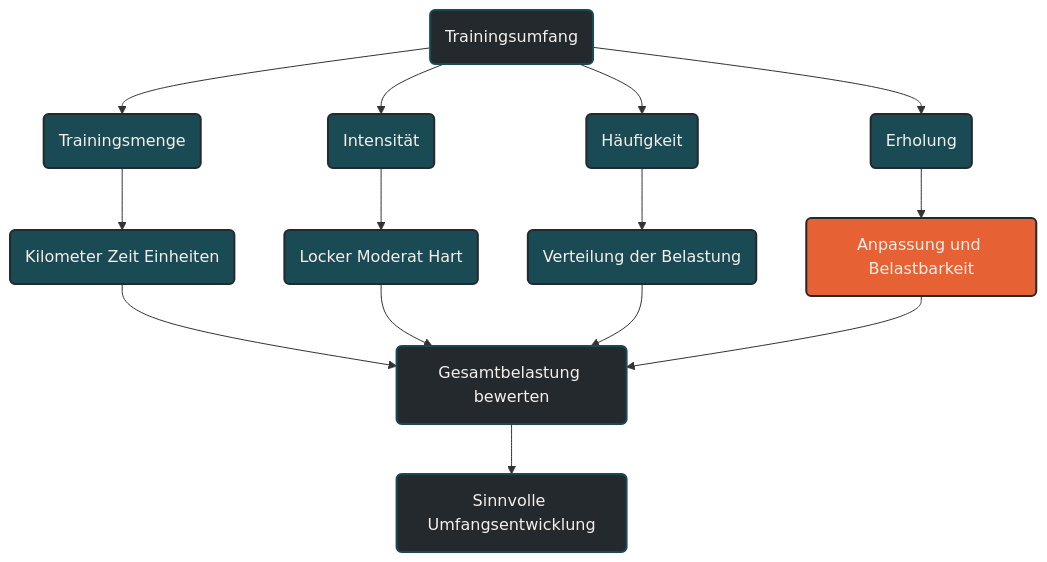
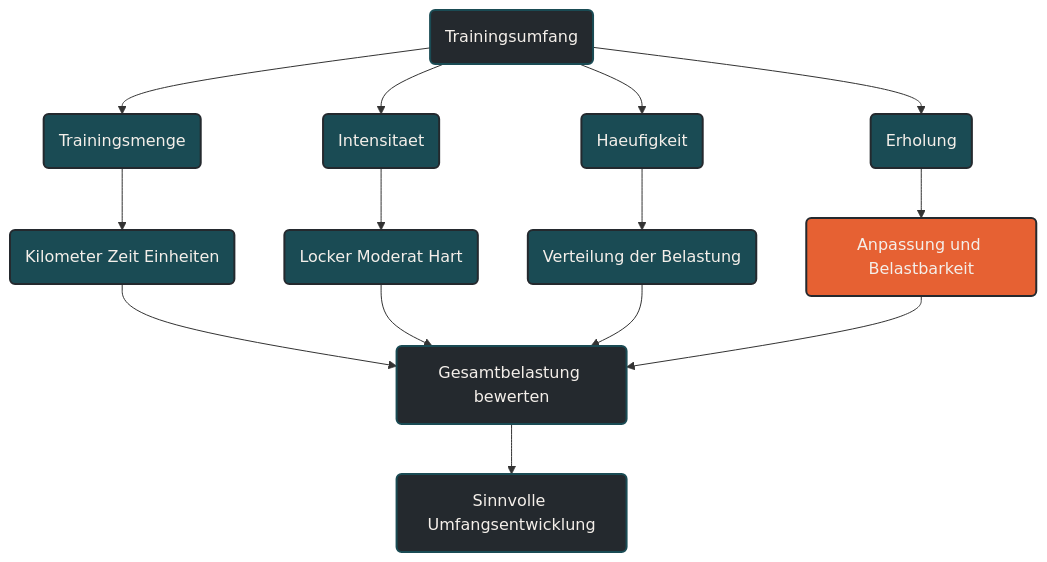
The diagram in content/00-ausdauersport/00-trainingswissenschaft/03-trainingsplanung/03-trainingsumfang.md (Quixos40K/ausdauersport-typemill), drawn with Mermaid before and after one commit. The commit also changed other lines of this file, not shown here.

````diff
--- a/content/00-ausdauersport/00-trainingswissenschaft/03-trainingsplanung/03-trainingsumfang.md
+++ b/content/00-ausdauersport/00-trainingswissenschaft/03-trainingsplanung/03-trainingsumfang.md
@@ -89,36 +89,36 @@
 ```mermaid
 graph TD
     A(Trainingsumfang) --> B(Trainingsmenge)
-    A --> C(Intensität)
-    A --> D(Häufigkeit)
+    A --> C(Intensitaet)
+    A --> D(Haeufigkeit)
     A --> E(Erholung)
 
     B --> F(Kilometer Zeit Einheiten)
     C --> G(Locker Moderat Hart)
     D --> H(Verteilung der Belastung)
     E --> I(Anpassung und Belastbarkeit)
 
     F --> J(Gesamtbelastung bewerten)
     G --> J
     H --> J
     I --> J
 
     J --> K(Sinnvolle Umfangsentwicklung)
 
     classDef default fill:#F4EFEA,stroke:#1A4B54,stroke-width:2px,color:#24292E;
     classDef primary fill:#1A4B54,stroke:#24292E,stroke-width:2px,color:#F4EFEA;
     classDef highlight fill:#E66133,stroke:#24292E,stroke-width:2px,color:#F4EFEA;
     classDef dark fill:#24292E,stroke:#1A4B54,stroke-width:2px,color:#F4EFEA;
 
     class A dark;
     class B primary;
     class C primary;
     class D primary;
     class E primary;
     class F primary;
     class G primary;
     class H primary;
     class I highlight;
     class J dark;
     class K dark;
 ```
````
